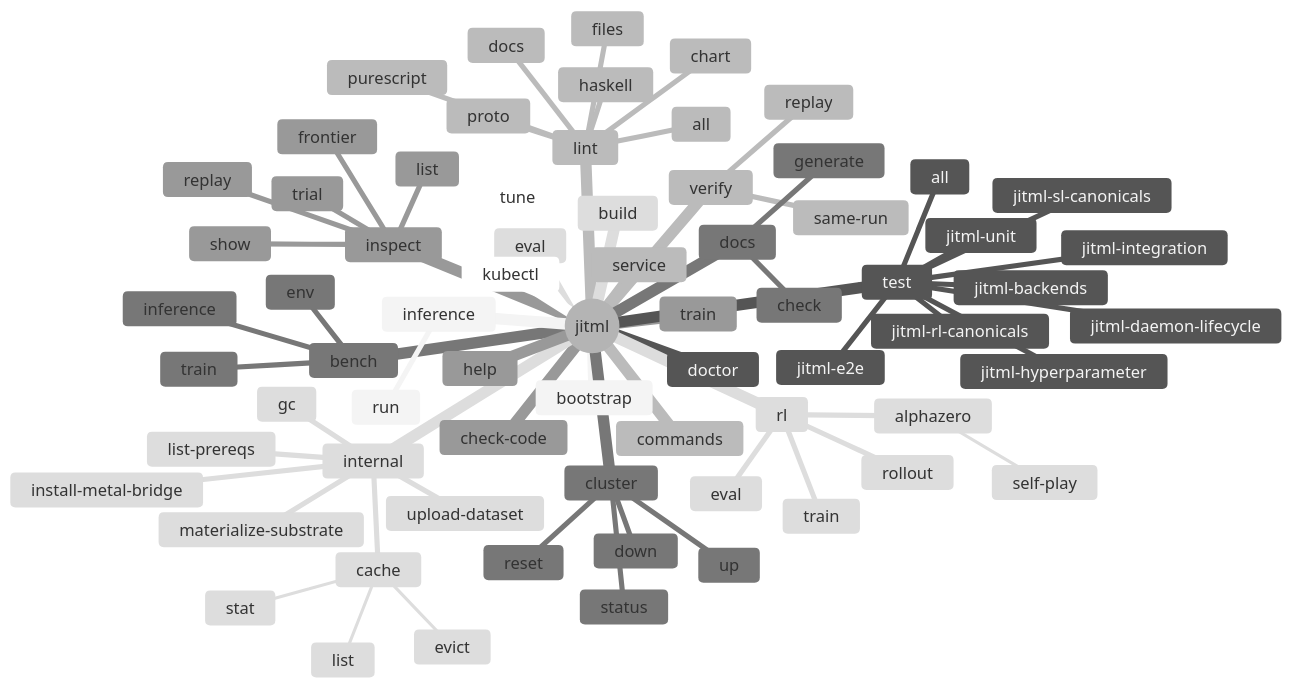
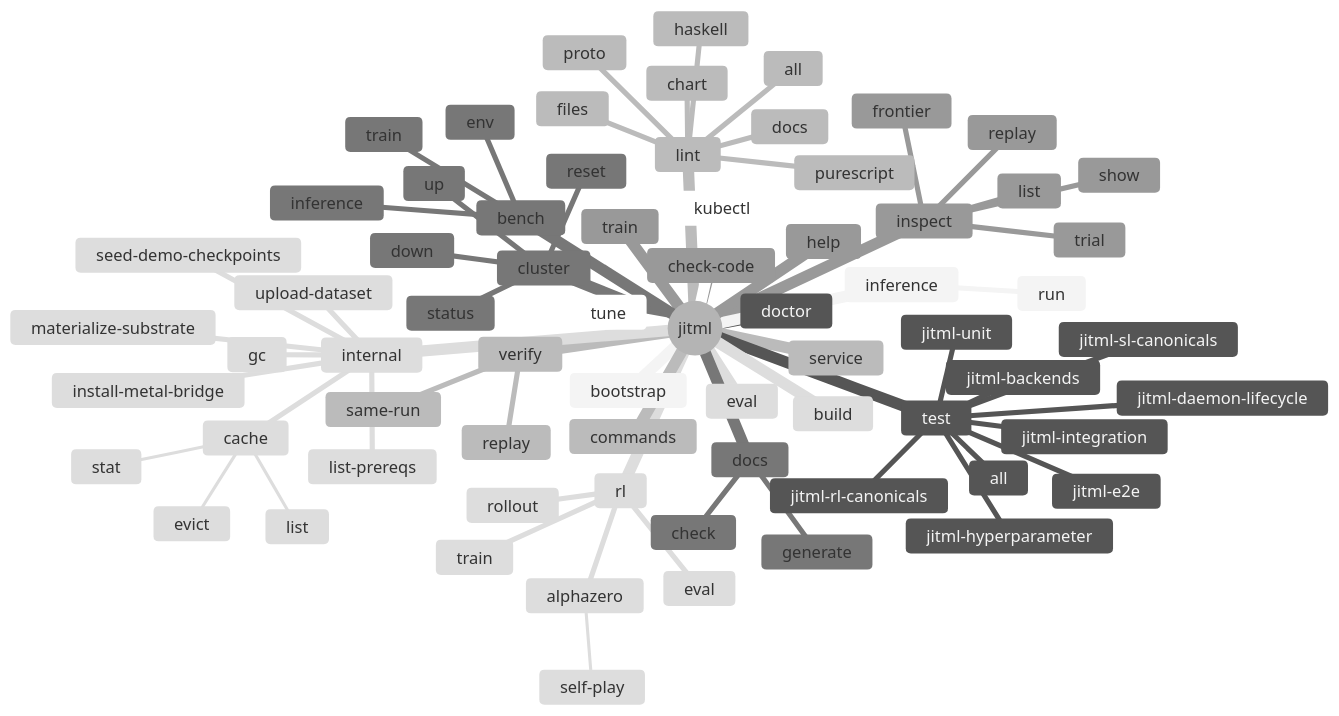
One commit to Tuee22/jitML changed the first of 4 diagrams in README.md. Above: the diagram before and after it, drawn with Mermaid (neutral theme). The commit also changed other lines of this file and 8 other files, not shown here.

````diff
--- a/README.md
+++ b/README.md
@@ -786,72 +786,73 @@
 ```mermaid
 mindmap
   root((jitml))
     bootstrap
     doctor
     service
     cluster
       up
       down
       status
       reset
     train
     eval
     tune
     rl
       train
       eval
       rollout
       alphazero
         self-play
     verify
       same-run
       replay
     inspect
       list
       show
       replay
       trial
       frontier
     bench
       train
       inference
       env
     inference
       run
     test
       all
       jitml-unit
       jitml-integration
       jitml-sl-canonicals
       jitml-rl-canonicals
       jitml-hyperparameter
       jitml-backends
       jitml-daemon-lifecycle
       jitml-e2e
     lint
       files
       docs
       proto
       chart
       haskell
       purescript
       all
     docs
       check
       generate
     check-code
     build
     kubectl
     internal
       materialize-substrate
       list-prereqs
       install-metal-bridge
       upload-dataset
+      seed-demo-checkpoints
       gc
       cache
         stat
         list
         evict
     commands
     help
 ```
````
